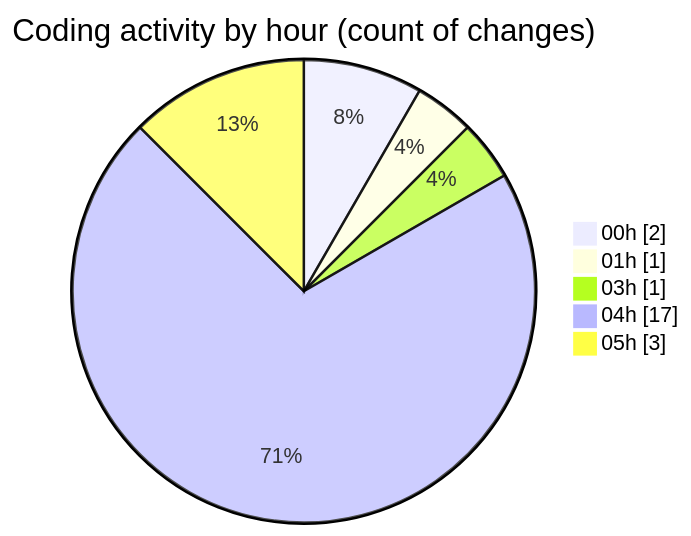
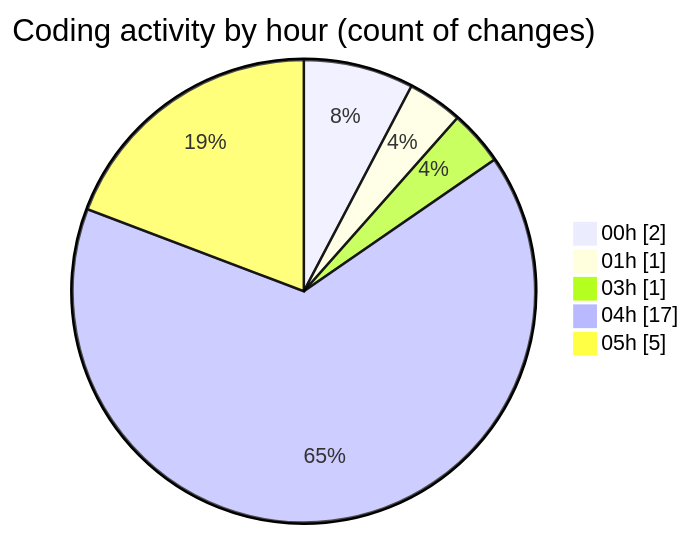
One commit to julien-gomy/code-tracking changed the second of 2 diagrams in 2025-11-14/eventscop-api-guide__workspace_/README.md. Above: the diagram before and after it, drawn with Mermaid. The commit also changed other lines of this file and 1 other file, not shown here.

````diff
--- a/2025-11-14/eventscop-api-guide__workspace_/README.md
+++ b/2025-11-14/eventscop-api-guide__workspace_/README.md
@@ -35,9 +36,9 @@
 ```mermaid
 pie showData
 title Coding activity by hour (count of changes)
 "00h" : 2
 "01h" : 1
 "03h" : 1
 "04h" : 17
-"05h" : 3
+"05h" : 5
 ```
````
